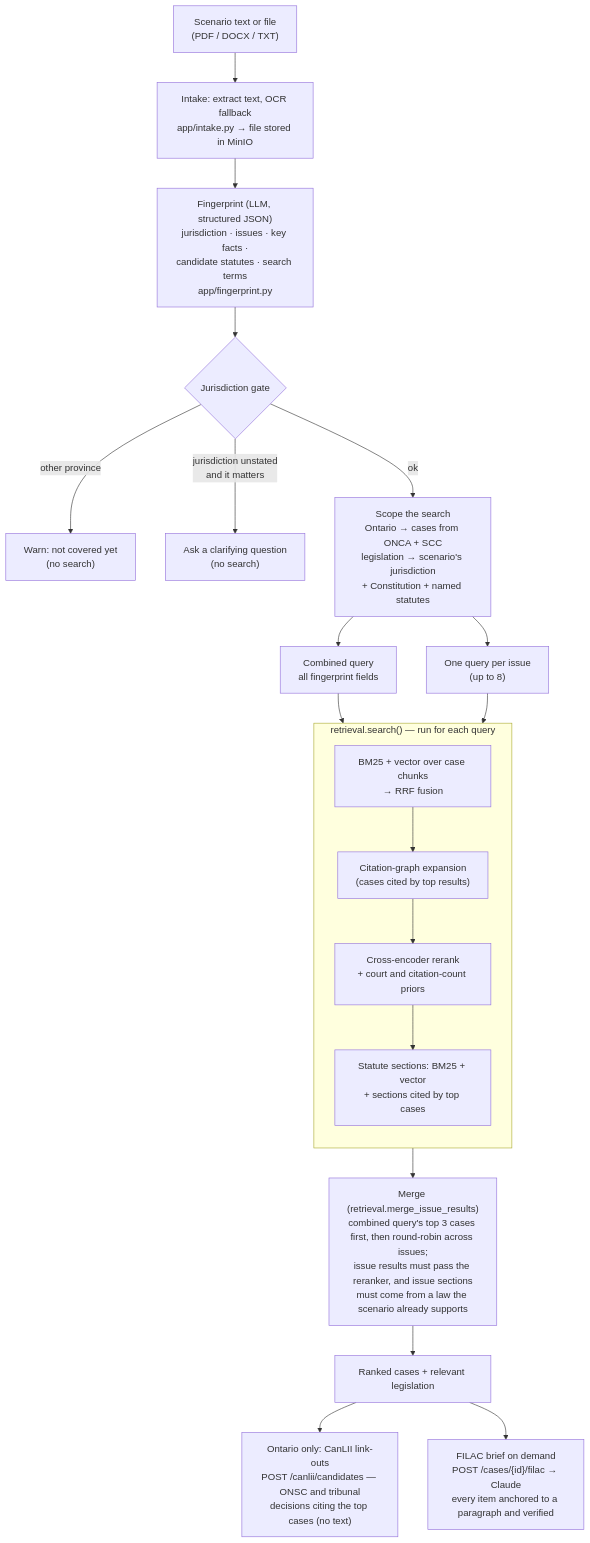
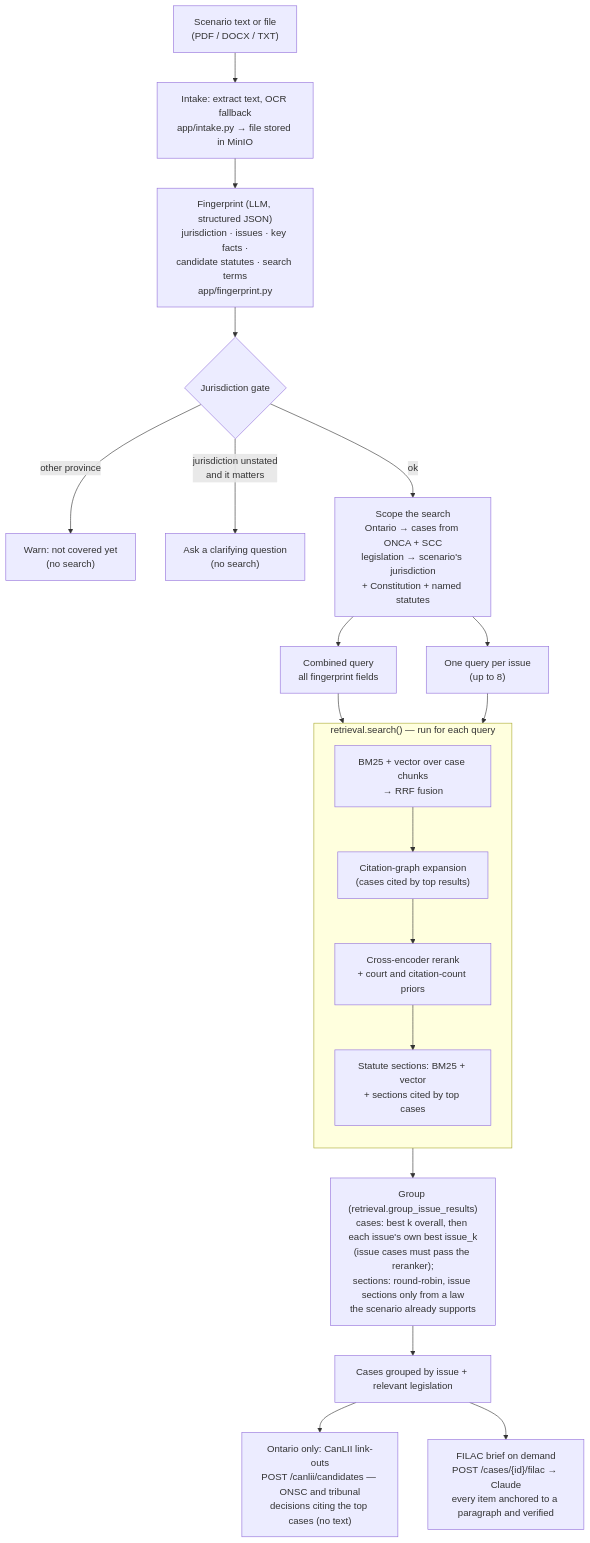
Before and after one commit to Kevinwen1999/LawSearch: the second of 3 diagrams in README.md, drawn with Mermaid. The commit also changed other lines of this file and 45 other files, not shown here.

First line of the commit message:
Group scenario results by issue; add scenario-level eval

````diff
--- a/README.md
+++ b/README.md
@@ -37,26 +37,26 @@
 ```mermaid
 flowchart TD
     input["Scenario text or file<br/>(PDF / DOCX / TXT)"] --> intake["Intake: extract text, OCR fallback<br/>app/intake.py → file stored in MinIO"]
     intake --> fp["Fingerprint (LLM, structured JSON)<br/>jurisdiction · issues · key facts ·<br/>candidate statutes · search terms<br/>app/fingerprint.py"]
     fp --> gate{"Jurisdiction gate"}
     gate -- "other province" --> unsupported["Warn: not covered yet<br/>(no search)"]
     gate -- "jurisdiction unstated<br/>and it matters" --> clarify["Ask a clarifying question<br/>(no search)"]
     gate -- ok --> scope["Scope the search<br/>Ontario → cases from ONCA + SCC<br/>legislation → scenario's jurisdiction<br/>+ Constitution + named statutes"]
 
     scope --> combined["Combined query<br/>all fingerprint fields"]
     scope --> issues["One query per issue<br/>(up to 8)"]
 
     subgraph search["retrieval.search() — run for each query"]
         direction TB
         cand["BM25 + vector over case chunks<br/>→ RRF fusion"] --> expand["Citation-graph expansion<br/>(cases cited by top results)"]
         expand --> rerank["Cross-encoder rerank<br/>+ court and citation-count priors"]
         rerank --> sections["Statute sections: BM25 + vector<br/>+ sections cited by top cases"]
     end
 
     combined --> search
     issues --> search
-    search --> merge["Merge (retrieval.merge_issue_results)<br/>combined query's top 3 cases first, then round-robin across issues;<br/>issue results must pass the reranker, and issue sections<br/>must come from a law the scenario already supports"]
-    merge --> results["Ranked cases + relevant legislation"]
+    search --> merge["Group (retrieval.group_issue_results)<br/>cases: best k overall, then each issue's own best issue_k<br/>(issue cases must pass the reranker);<br/>sections: round-robin, issue sections only from a law<br/>the scenario already supports"]
+    merge --> results["Cases grouped by issue + relevant legislation"]
     results --> canliid["Ontario only: CanLII link-outs<br/>POST /canlii/candidates — ONSC and tribunal<br/>decisions citing the top cases (no text)"]
     results --> brief["FILAC brief on demand<br/>POST /cases/{id}/filac → Claude<br/>every item anchored to a paragraph and verified"]
 ```
````
